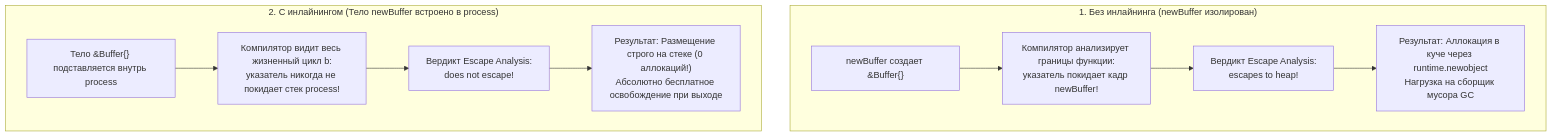
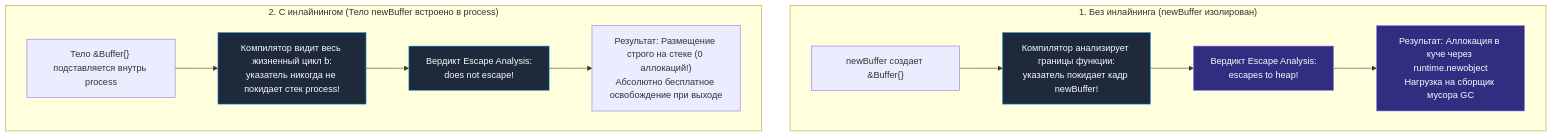
The fourth of 4 diagrams in sources/16. Профилирование, отладка и производительность/03. CPU profiling/5. Inline и влияние на performance.md (UnrealTemplier/go-textbook), drawn with Mermaid before and after one commit. The commit also changed other lines of this file and 1666 other files, not shown here.

First line of the commit message:
feat(mermaid): add semantic color classDef to 1369 colorless flowchart/graph diagrams

````diff
--- a/sources/16. Профилирование, отладка и производительность/03. CPU profiling/5. Inline и влияние на performance.md
+++ b/sources/16. Профилирование, отладка и производительность/03. CPU profiling/5. Inline и влияние на performance.md
@@ -272,18 +292,28 @@
 ```mermaid
 flowchart TD
+    classDef process  fill:#1e293b,stroke:#38bdf8,stroke-width:1px,color:#f8fafc
+    classDef success  fill:#064e3b,stroke:#34d399,stroke-width:1px,color:#f8fafc
+    classDef error    fill:#7f1d1d,stroke:#f87171,stroke-width:1px,color:#f8fafc
+    classDef warning  fill:#78350f,stroke:#fbbf24,stroke-width:1px,color:#f8fafc
+    classDef entry    fill:#1e3a5f,stroke:#38bdf8,stroke-width:2px,color:#f8fafc
+    classDef aux      fill:#334155,stroke:#64748b,stroke-width:1px,color:#f8fafc
+    classDef system   fill:#312e81,stroke:#a78bfa,stroke-width:1px,color:#f8fafc
+    classDef data     fill:#132d29,stroke:#2dd4bf,stroke-width:1px,color:#f8fafc
+    classDef network  fill:#881337,stroke:#fb7185,stroke-width:1px,color:#f8fafc
+    classDef accent   fill:#1e1b4b,stroke:#818cf8,stroke-width:1px,color:#f8fafc
     subgraph WithoutInlining["1. Без инлайнинга (newBuffer изолирован)"]
         W1["newBuffer создает &Buffer{}"]
-        W2["Компилятор анализирует границы функции:<br>указатель покидает кадр newBuffer!"]
-        W3["Вердикт Escape Analysis:<br>escapes to heap!"]
-        W4["Результат: Аллокация в куче через runtime.newobject<br>Нагрузка на сборщик мусора GC"]
+        W2["Компилятор анализирует границы функции:<br>указатель покидает кадр newBuffer!"]:::process
+        W3["Вердикт Escape Analysis:<br>escapes to heap!"]:::system
+        W4["Результат: Аллокация в куче через runtime.newobject<br>Нагрузка на сборщик мусора GC"]:::system
         W1 --> W2 --> W3 --> W4
     end
 
     subgraph WithInlining["2. С инлайнингом (Тело newBuffer встроено в process)"]
         I1["Тело &Buffer{} подставляется внутрь process"]
-        I2["Компилятор видит весь жизненный цикл b:<br>указатель никогда не покидает стек process!"]
-        I3["Вердикт Escape Analysis:<br>does not escape!"]
+        I2["Компилятор видит весь жизненный цикл b:<br>указатель никогда не покидает стек process!"]:::process
+        I3["Вердикт Escape Analysis:<br>does not escape!"]:::process
         I4["Результат: Размещение строго на стеке (0 аллокаций!)<br>Абсолютно бесплатное освобождение при выходе"]
         I1 --> I2 --> I3 --> I4
     end
 ```
````
